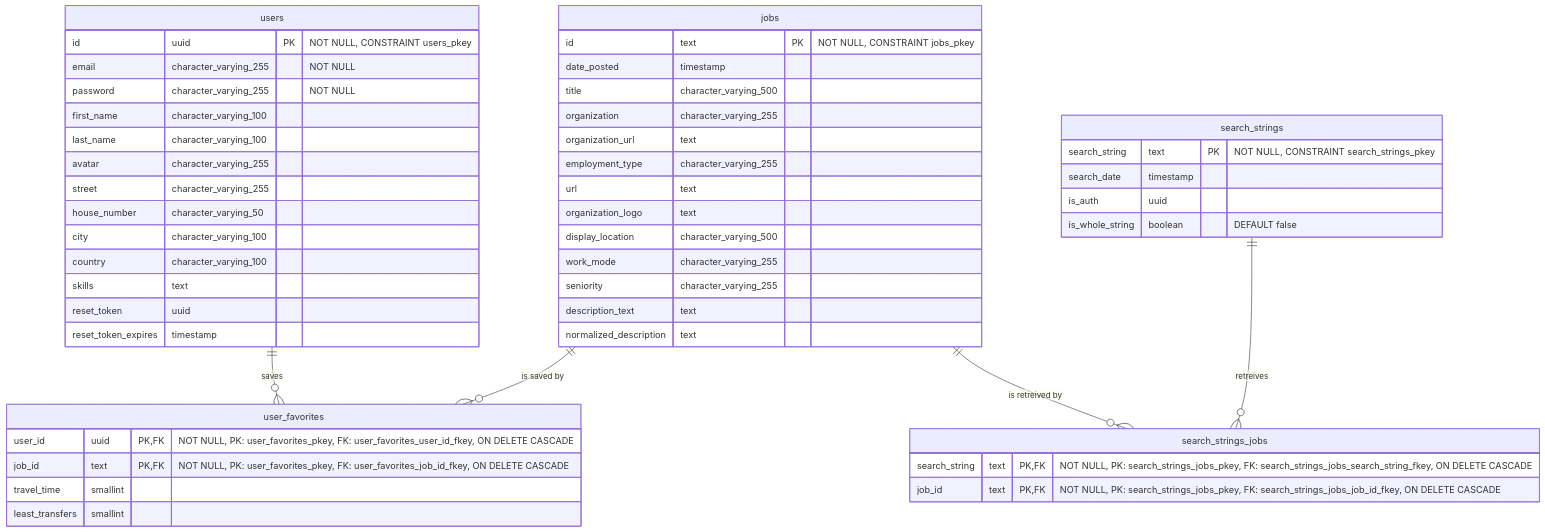
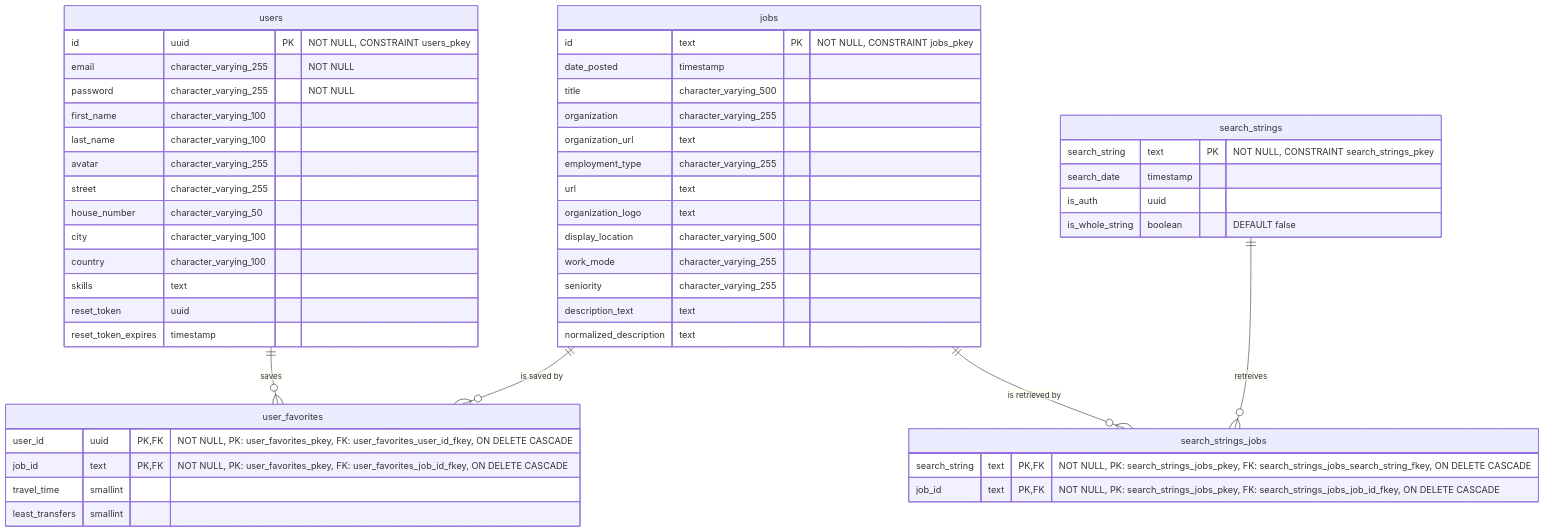
The diagram in documentation/ERD.md (YahyaAl-Ademi/2025.10.23-JobCompass), drawn with Mermaid before and after one commit.

Commit message:
fix: correct typo in ERD diagram for job retrieval relationship

````diff
--- a/documentation/ERD.md
+++ b/documentation/ERD.md
@@ -5,58 +5,58 @@
 ```mermaid
 erDiagram
     users ||--o{ user_favorites : "saves"
     jobs ||--o{ user_favorites : "is saved by"
     search_strings ||--o{ search_strings_jobs : "retreives"
-    jobs ||--o{ search_strings_jobs : "is retreived by"
+    jobs ||--o{ search_strings_jobs : "is retrieved by"
 
     users {
         id uuid PK "NOT NULL, CONSTRAINT users_pkey"
         email character_varying_255 "NOT NULL"
         password character_varying_255 "NOT NULL"
         first_name character_varying_100
         last_name character_varying_100
         avatar character_varying_255
         street character_varying_255
         house_number character_varying_50
         city character_varying_100
         country character_varying_100
         skills text
         reset_token uuid
         reset_token_expires timestamp
     }
 
     jobs {
         id text PK "NOT NULL, CONSTRAINT jobs_pkey"
         date_posted timestamp
         title character_varying_500
         organization character_varying_255
         organization_url text
         employment_type character_varying_255
         url text
         organization_logo text
         display_location character_varying_500
         work_mode character_varying_255
         seniority character_varying_255
         description_text text
         normalized_description text
     }
 
     user_favorites {
         user_id uuid PK,FK "NOT NULL, PK: user_favorites_pkey, FK: user_favorites_user_id_fkey, ON DELETE CASCADE"
         job_id text PK,FK "NOT NULL, PK: user_favorites_pkey, FK: user_favorites_job_id_fkey, ON DELETE CASCADE"
         travel_time smallint
         least_transfers smallint
     }
 
     search_strings {
         search_string text PK "NOT NULL, CONSTRAINT search_strings_pkey"
         search_date timestamp
         is_auth uuid
         is_whole_string boolean "DEFAULT false"
     }
 
     search_strings_jobs {
         search_string text PK,FK "NOT NULL, PK: search_strings_jobs_pkey, FK: search_strings_jobs_search_string_fkey, ON DELETE CASCADE"
         job_id text PK,FK "NOT NULL, PK: search_strings_jobs_pkey, FK: search_strings_jobs_job_id_fkey, ON DELETE CASCADE"
     }
 ```
````
